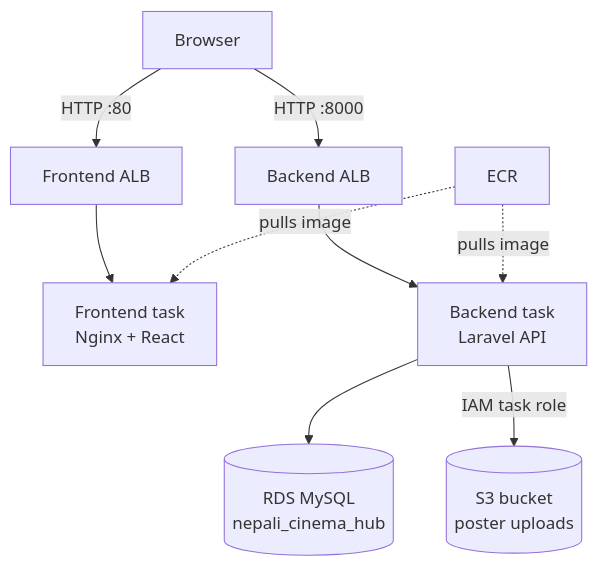
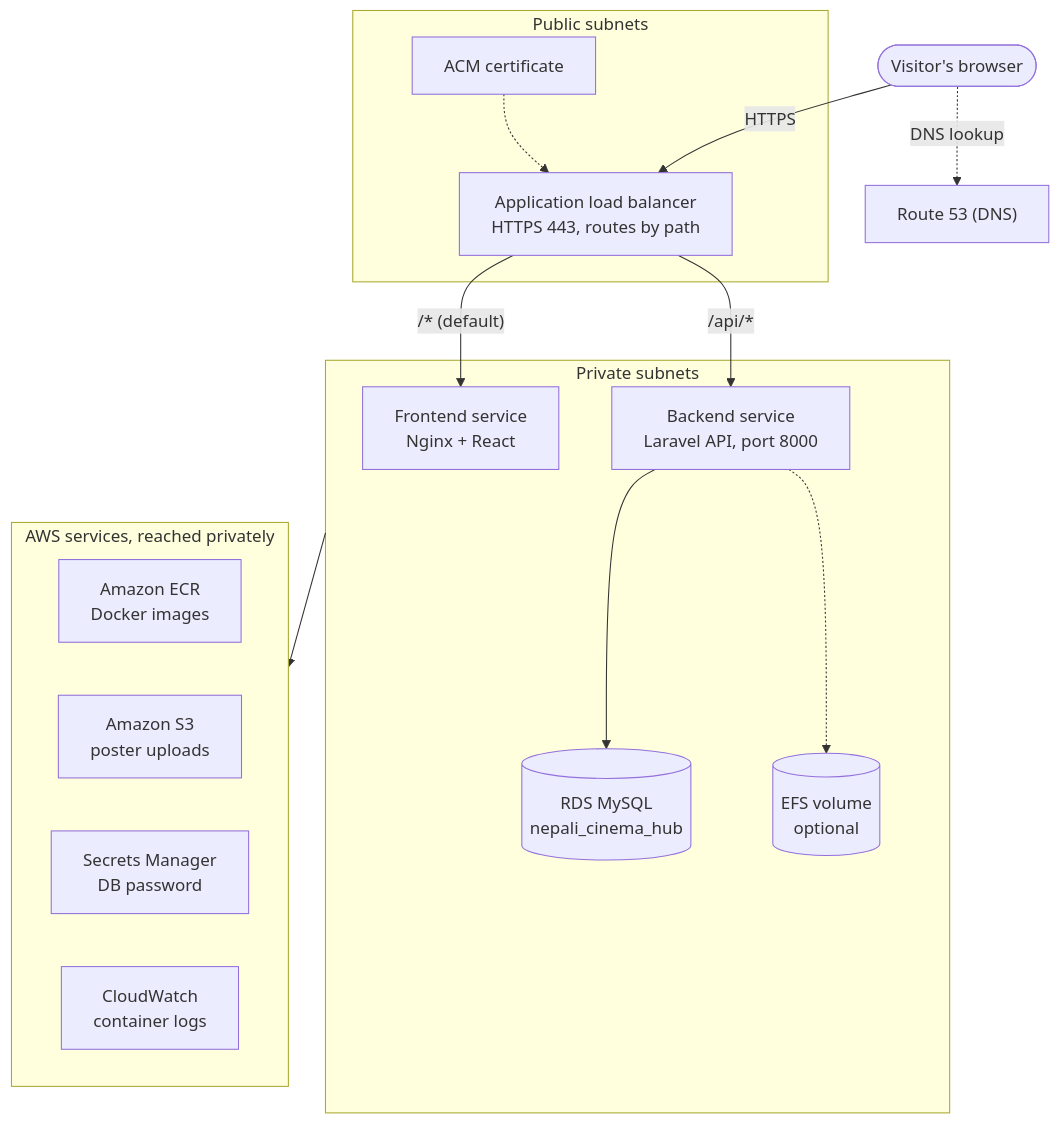
The second of 2 diagrams in README.md (suvkshyaa/Cinema-Nepal), drawn with Mermaid before and after one commit. The commit also changed other lines of this file, not shown here.

Commit message:
Update README with new AWS architecture updates

````diff
--- a/README.md
+++ b/README.md
@@ -69,11 +70,33 @@
 ```mermaid
-graph TD
-  Browser["Browser"] -->|"HTTP :80"| FrontendALB["Frontend ALB"]
-  Browser -->|"HTTP :8000"| BackendALB["Backend ALB"]
-  FrontendALB --> FrontendTask["Frontend task<br/>Nginx + React"]
-  BackendALB --> BackendTask["Backend task<br/>Laravel API"]
-  BackendTask --> RDS[("RDS MySQL<br/>nepali_cinema_hub")]
-  BackendTask -->|"IAM task role"| S3[("S3 bucket<br/>poster uploads")]
-  ECR["ECR"] -.->|"pulls image"| FrontendTask
-  ECR -.->|"pulls image"| BackendTask
+flowchart TB
+  user(["Visitor's browser"])
+  dns["Route 53 (DNS)"]
+
+  subgraph pub["Public subnets"]
+    alb["Application load balancer<br/>HTTPS 443, routes by path"]
+    acm["ACM certificate"]
+  end
+
+  subgraph priv["Private subnets"]
+    fe["Frontend service<br/>Nginx + React"]
+    be["Backend service<br/>Laravel API, port 8000"]
+    rds[("RDS MySQL<br/>nepali_cinema_hub")]
+    efs[("EFS volume<br/>optional")]
+  end
+
+  subgraph aws["AWS services, reached privately"]
+    ecr["Amazon ECR<br/>Docker images"]
+    s3["Amazon S3<br/>poster uploads"]
+    sec["Secrets Manager<br/>DB password"]
+    cw["CloudWatch<br/>container logs"]
+  end
+
+  user -.->|"DNS lookup"| dns
+  user -->|"HTTPS"| alb
+  acm -.-> alb
+  alb -->|"/* (default)"| fe
+  alb -->|"/api/*"| be
+  be --> rds
+  be -.-> efs
+  priv --> aws
 ```
````
